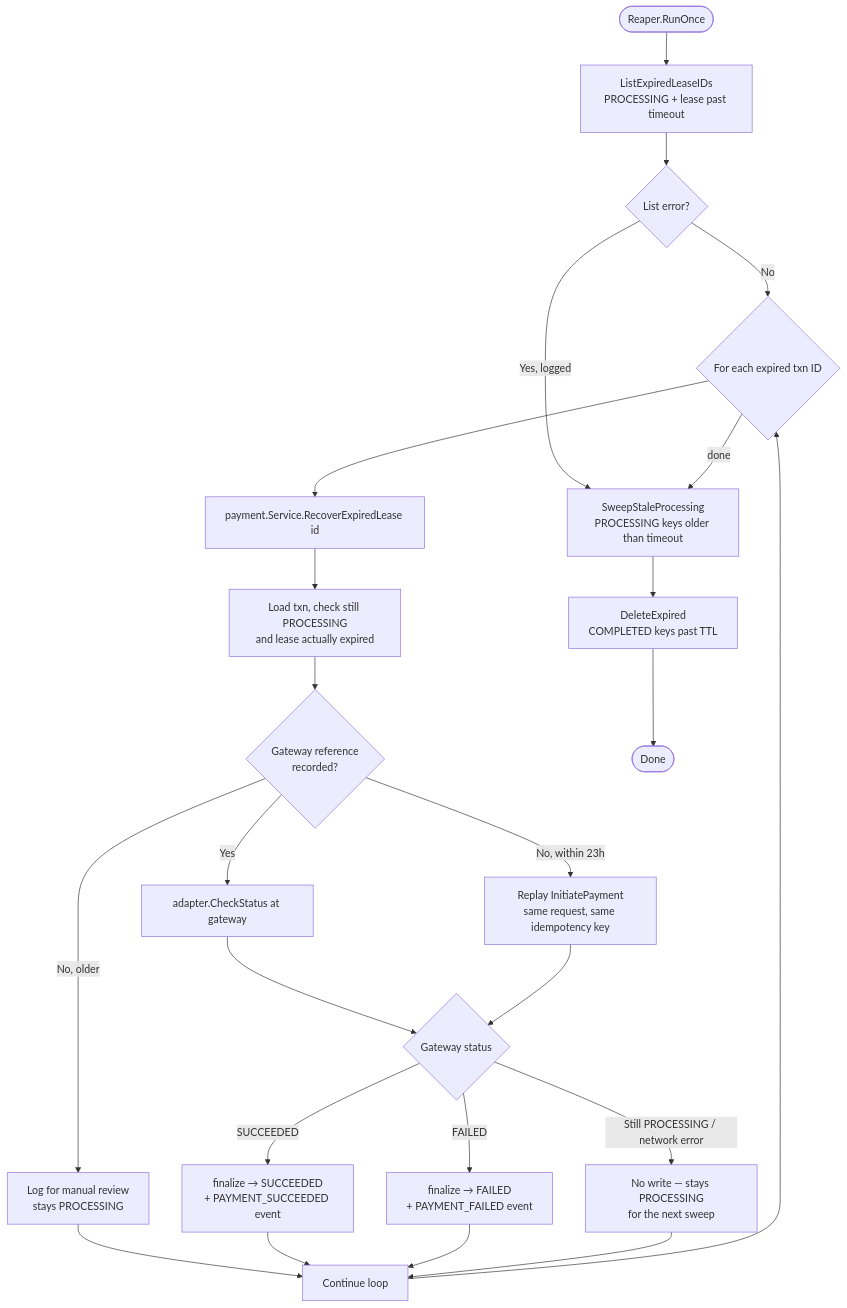
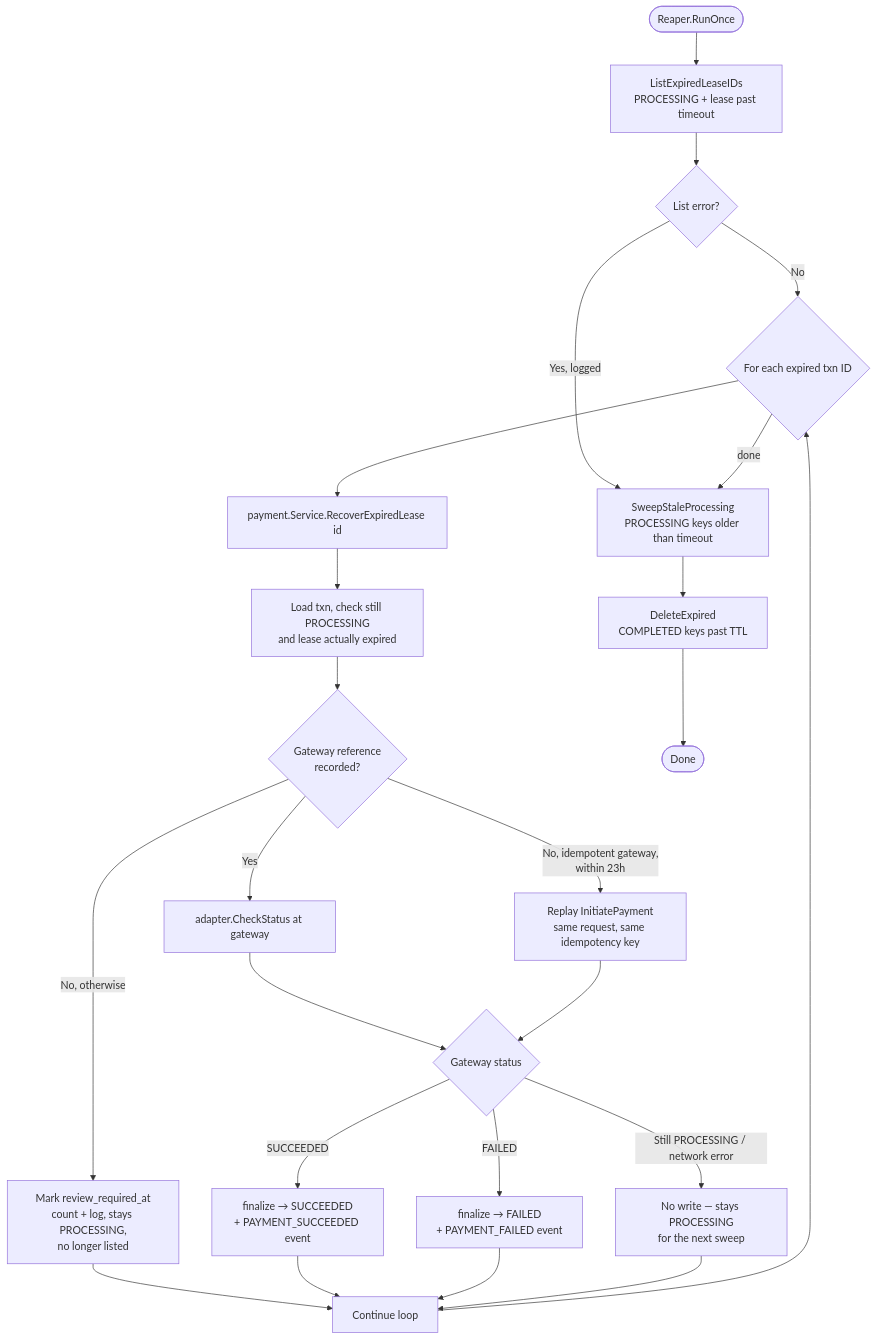
One commit to blue-samarth/payment-service changed the tenth of 11 diagrams in README.md. Above: the diagram before and after it, drawn with Mermaid. The commit also changed other lines of this file and 15 other files, not shown here.

Commit message:
fix: gate charge replay on idempotency, record review state, cover shutdown

````diff
--- a/README.md
+++ b/README.md
@@ -584,29 +584,29 @@
 ```mermaid
 flowchart TD
     Start([Reaper.RunOnce]) --> List[ListExpiredLeaseIDs<br/>PROCESSING + lease past timeout]
     List --> ListErr{List error?}
     ListErr -->|Yes, logged| SweepIdem
     ListErr -->|No| Loop{For each expired txn ID}
 
     Loop --> Recover[payment.Service.RecoverExpiredLease id]
     Recover --> LoadTxn[Load txn, check still PROCESSING<br/>and lease actually expired]
     LoadTxn --> HasRef{Gateway reference<br/>recorded?}
     HasRef -->|Yes| CheckStatus[adapter.CheckStatus at gateway]
-    HasRef -->|No, within 23h| Replay[Replay InitiatePayment<br/>same request, same idempotency key]
-    HasRef -->|No, older| Manual[Log for manual review<br/>stays PROCESSING]
+    HasRef -->|No, idempotent gateway,<br/>within 23h| Replay[Replay InitiatePayment<br/>same request, same idempotency key]
+    HasRef -->|No, otherwise| Manual[Mark review_required_at<br/>count + log, stays PROCESSING,<br/>no longer listed]
     CheckStatus --> Outcome{Gateway status}
     Replay --> Outcome
     Manual --> NextTxn
 
     Outcome -->|SUCCEEDED| FinalizeOK[finalize → SUCCEEDED<br/>+ PAYMENT_SUCCEEDED event]
     Outcome -->|FAILED| FinalizeFail[finalize → FAILED<br/>+ PAYMENT_FAILED event]
     Outcome -->|Still PROCESSING / network error| LeaveAlone[No write — stays PROCESSING<br/>for the next sweep]
 
     FinalizeOK --> NextTxn[Continue loop]
     FinalizeFail --> NextTxn
     LeaveAlone --> NextTxn
     NextTxn --> Loop
     Loop -->|done| SweepIdem[SweepStaleProcessing<br/>PROCESSING keys older than timeout]
     SweepIdem --> DeleteExp[DeleteExpired<br/>COMPLETED keys past TTL]
     DeleteExp --> End([Done])
 ```
````
